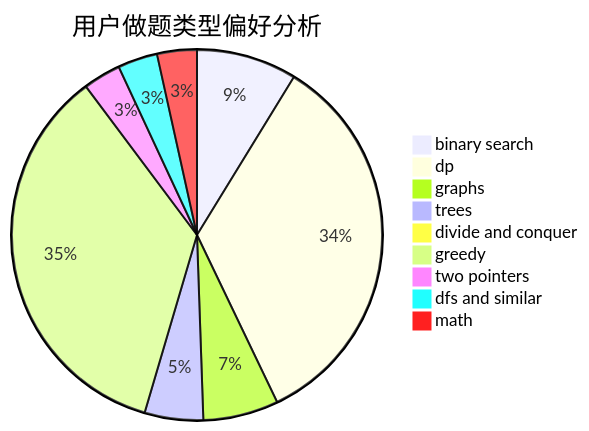
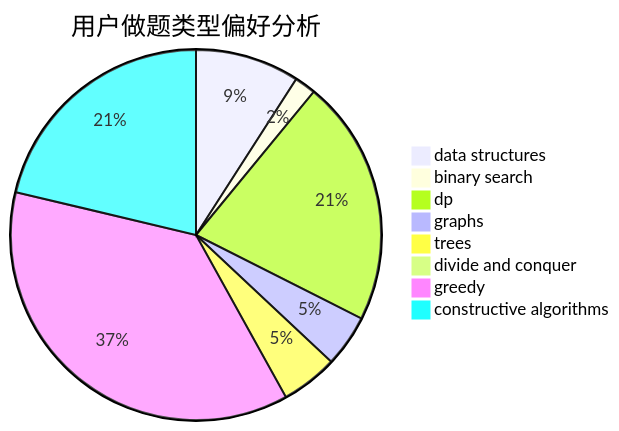
Before and after one commit to sherpahu/cfrs.github.io: the second of 3 diagrams in docs/user/u797.md, drawn with Mermaid. The commit also changed other lines of this file and 2775 other files, not shown here.

````diff
--- a/docs/user/u797.md
+++ b/docs/user/u797.md
@@ -23,12 +23,11 @@
 ```mermaid
 pie title 用户做题类型偏好分析
-    "binary search" :  48
-    "dp" :  187
-    "graphs" :  36
-    "trees" :  28
+    "data structures" :  44
+    "binary search" :  9
+    "dp" :  104
+    "graphs" :  22
+    "trees" :  24
     "divide and conquer" :  3
-    "greedy" :  193
-    "two pointers" :  18
-    "dfs and similar" :  19
-    "math" :  19
+    "greedy" :  178
+    "constructive algorithms" :  103
 ```
````
